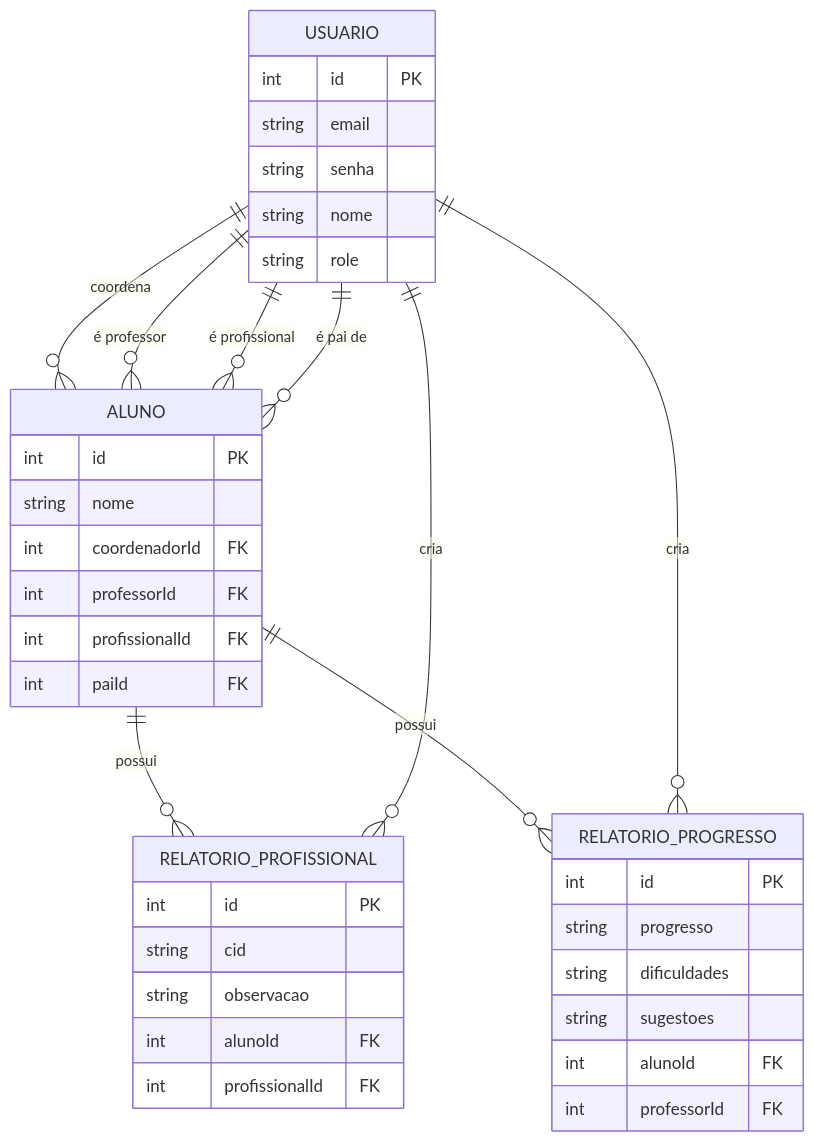
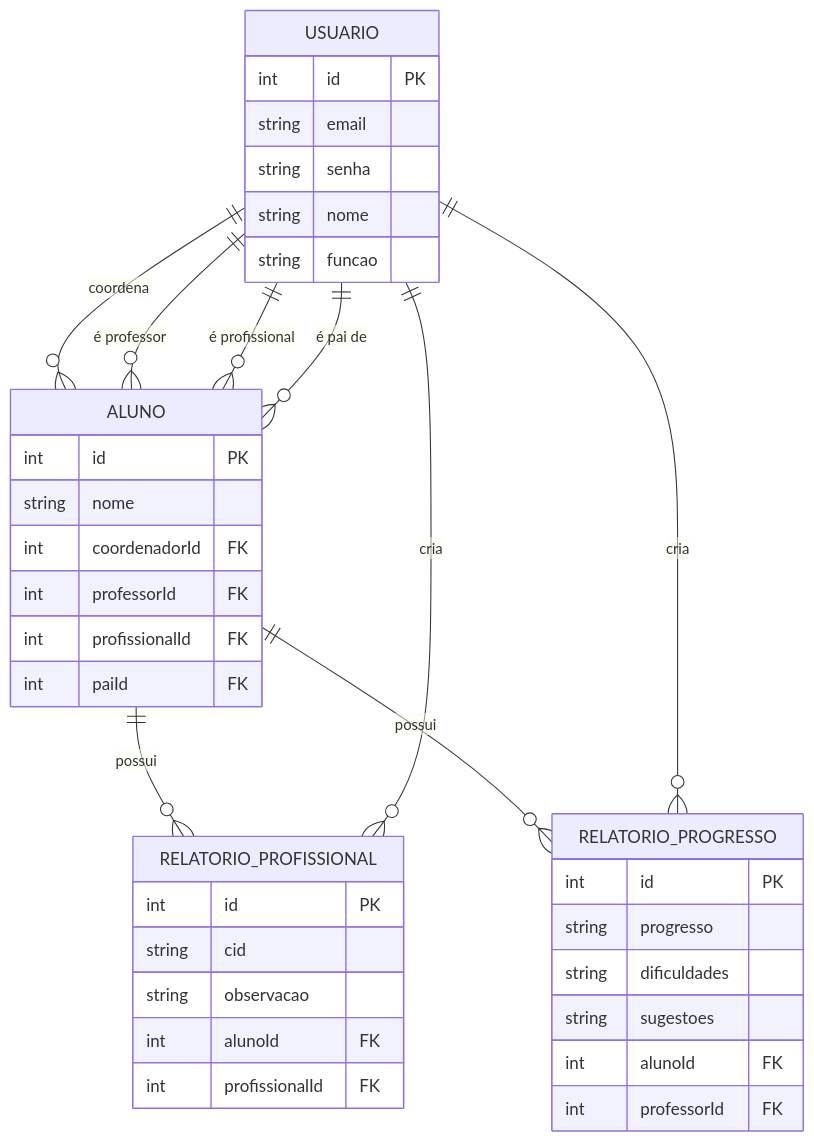
The diagram in readme.md (amandatrololo/ON36-IJS-APEI-II), drawn with Mermaid before and after one commit. The commit also changed other lines of this file and 41 other files, not shown here.

````diff
--- a/readme.md
+++ b/readme.md
@@ -14,47 +14,47 @@
    ```mermaid
    erDiagram
 USUARIO {
         int id PK
         string email
         string senha
         string nome
-        string role
+        string funcao
     }
 
     ALUNO {
         int id PK
         string nome
         int coordenadorId FK
         int professorId FK
         int profissionalId FK
         int paiId FK
     }
 
     RELATORIO_PROFISSIONAL {
         int id PK
         string cid
         string observacao
         int alunoId FK
         int profissionalId FK
     }
 
     RELATORIO_PROGRESSO {
         int id PK
         string progresso
         string dificuldades
         string sugestoes
         int alunoId FK
         int professorId FK
     }
 
     USUARIO ||--o{ ALUNO : "coordena"
     USUARIO ||--o{ ALUNO : "é professor"
     USUARIO ||--o{ ALUNO : "é profissional"
     USUARIO ||--o{ ALUNO : "é pai de"
 
     ALUNO ||--o{ RELATORIO_PROFISSIONAL : "possui"
     USUARIO ||--o{ RELATORIO_PROFISSIONAL : "cria"
 
     ALUNO ||--o{ RELATORIO_PROGRESSO : "possui"
     USUARIO ||--o{ RELATORIO_PROGRESSO : "cria"
    ```
````
